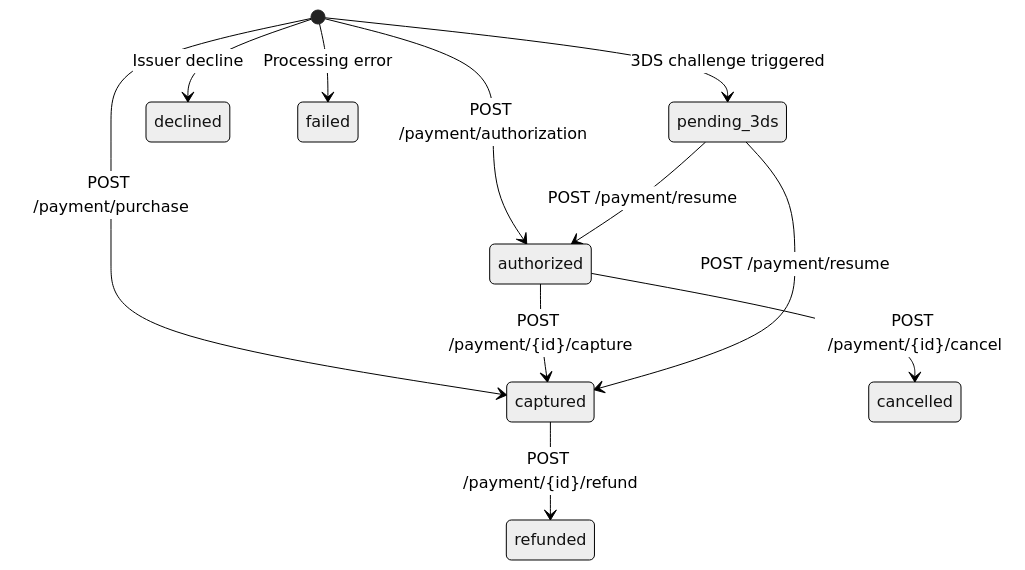
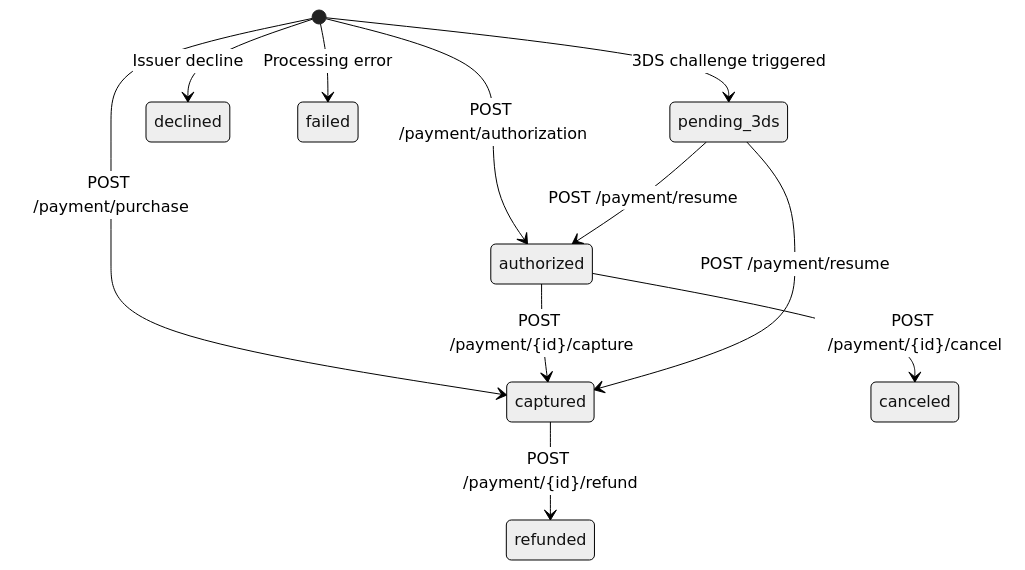
The diagram in concepts/payment-lifecycle.mdx (therius-pay/docs), drawn with Mermaid (neutral theme) before and after one commit. The commit also changed other lines of this file and 78 other files, not shown here.

````diff
--- a/concepts/payment-lifecycle.mdx
+++ b/concepts/payment-lifecycle.mdx
@@ -76,13 +76,13 @@
 ```mermaid
 stateDiagram-v2
     [*] --> authorized : POST /payment/authorization
     [*] --> captured : POST /payment/purchase
     authorized --> captured : POST /payment/{id}/capture
-    authorized --> cancelled : POST /payment/{id}/cancel
+    authorized --> canceled : POST /payment/{id}/cancel
     captured --> refunded : POST /payment/{id}/refund
     [*] --> pending_3ds : 3DS challenge triggered
     pending_3ds --> authorized : POST /payment/resume
     pending_3ds --> captured : POST /payment/resume
     [*] --> declined : Issuer decline
     [*] --> failed : Processing error
 ```
````
